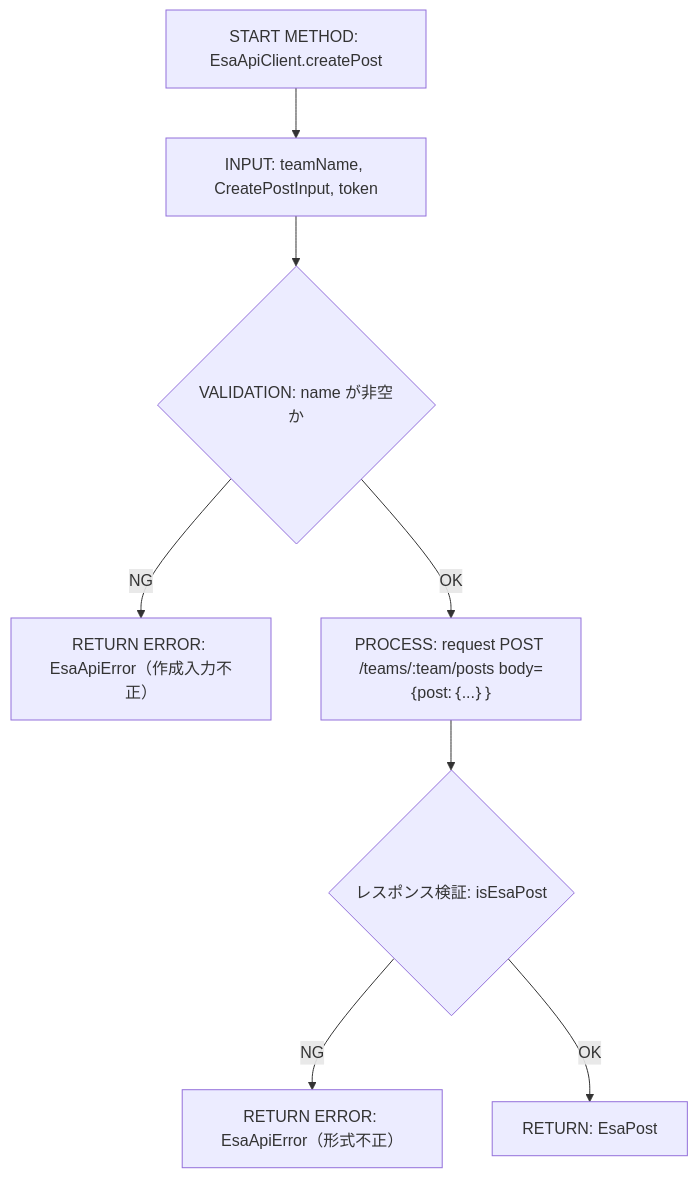
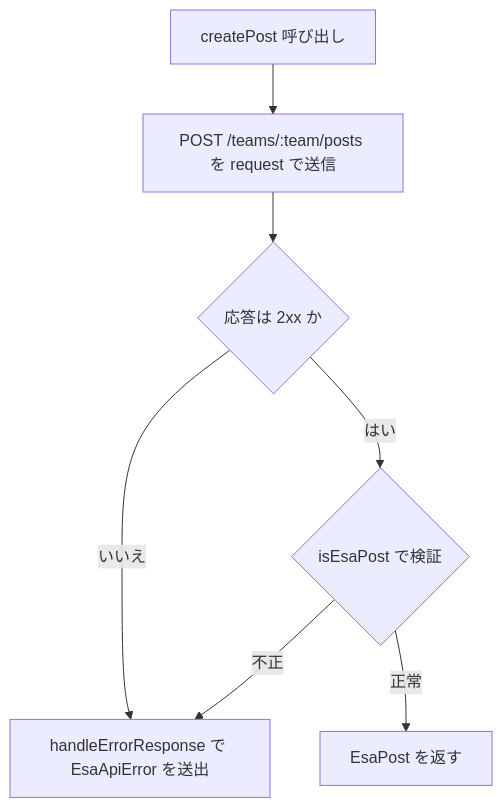
One commit to LevelCapCoJapanTools/vscode_esa_explorer changed the fourth of 7 diagrams in .github/copilot/plans/3-create-post.md. Above: the diagram before and after it, drawn with Mermaid. The commit also changed other lines of this file and 1 other file, not shown here.

````diff
--- a/.github/copilot/plans/3-create-post.md
+++ b/.github/copilot/plans/3-create-post.md
@@ -494,10 +210,9 @@
 ```mermaid
 flowchart TD
-  A["START METHOD: EsaApiClient.createPost"] --> B["INPUT: teamName, CreatePostInput, token"]
-  B --> C{"VALIDATION: name が非空か"}
-  C -->|NG| D["RETURN ERROR: EsaApiError（作成入力不正）"]
-  C -->|OK| E["PROCESS: request POST /teams/:team/posts body=｛post:｛...｝｝"]
-  E --> G{"レスポンス検証: isEsaPost"}
-  G -->|NG| H["RETURN ERROR: EsaApiError（形式不正）"]
-  G -->|OK| F["RETURN: EsaPost"]
+    A["createPost 呼び出し"] --> B["POST /teams/:team/posts を request で送信"]
+    B --> C{"応答は 2xx か"}
+    C -->|"いいえ"| D["handleErrorResponse で EsaApiError を送出"]
+    C -->|"はい"| E{"isEsaPost で検証"}
+    E -->|"不正"| D
+    E -->|"正常"| F["EsaPost を返す"]
 ```
````
